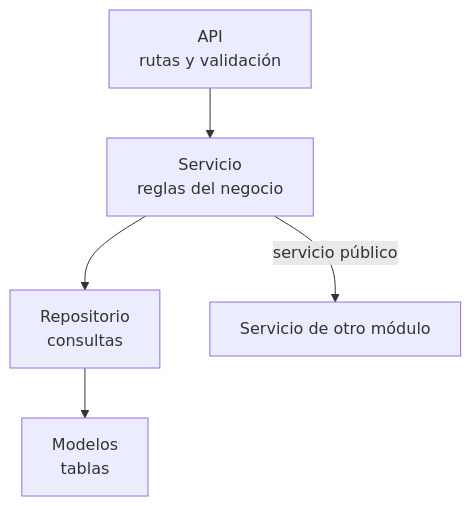
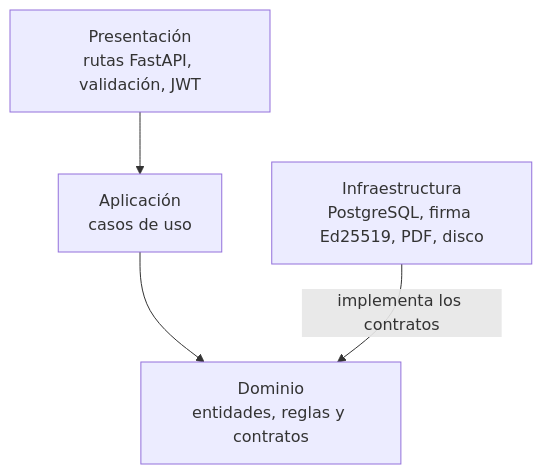
Before and after one commit to gabito029/SGA-arquitSoft-02: the diagram in docs/02-arquitectura-software/enfoque-arquitectonico.md, drawn with Mermaid. The commit also changed other lines of this file and 2 other files, not shown here.

Commit message:
docs: cambiar enfoque a Clean Architecture con su diagrama

````diff
--- a/docs/02-arquitectura-software/enfoque-arquitectonico.md
+++ b/docs/02-arquitectura-software/enfoque-arquitectonico.md
@@ -15,7 +19,6 @@
 ```mermaid
 flowchart TD
-    API["API<br/>rutas y validación"] --> Servicio["Servicio<br/>reglas del negocio"]
-    Servicio --> Repositorio["Repositorio<br/>consultas"]
-    Repositorio --> Modelos["Modelos<br/>tablas"]
-    Servicio -->|"servicio público"| Otro["Servicio de otro módulo"]
+    Presentacion["Presentación<br/>rutas FastAPI, validación, JWT"] --> Aplicacion["Aplicación<br/>casos de uso"]
+    Aplicacion --> Dominio["Dominio<br/>entidades, reglas y contratos"]
+    Infraestructura["Infraestructura<br/>PostgreSQL, firma Ed25519, PDF, disco"] -->|"implementa los contratos"| Dominio
 ```
````
